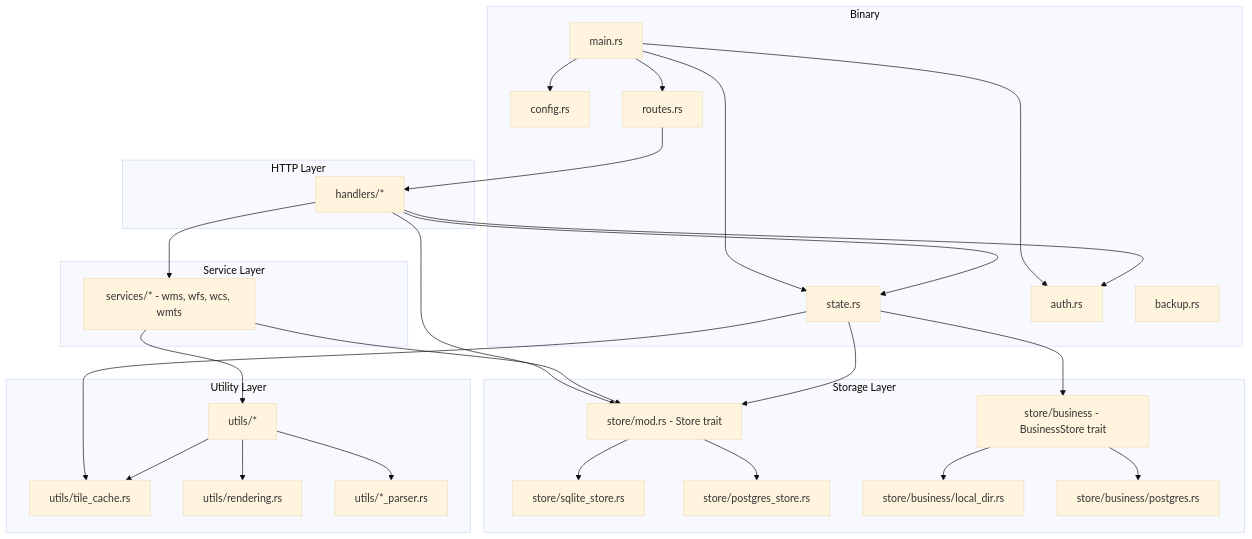
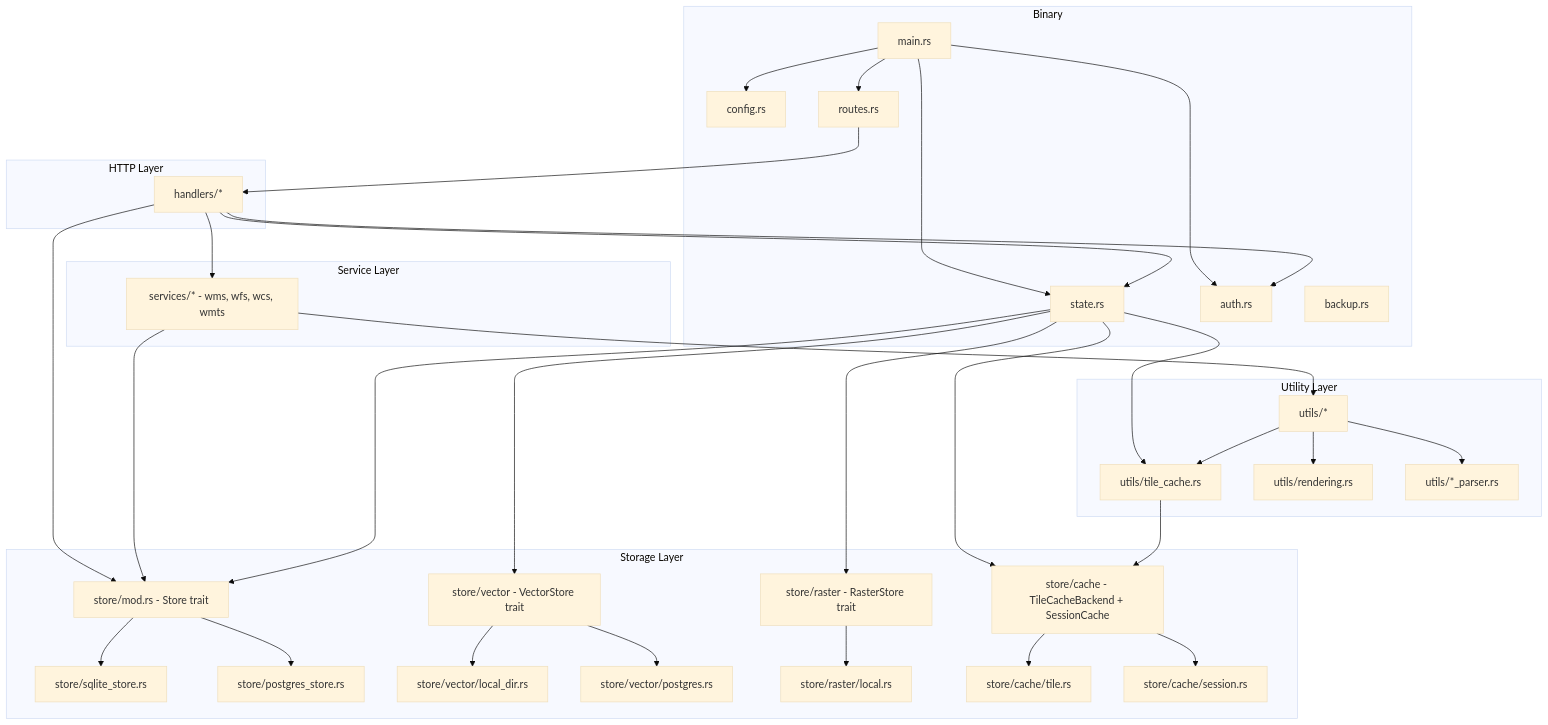
The first of 7 diagrams in docs/ARCHITECTURE.md (kakach96/Terrane), drawn with Mermaid (base theme) before and after one commit. The commit also changed other lines of this file and 29 other files, not shown here.

Commit message:
feat: split vector/raster/cache storage configs with local backends and abstractions

````diff
--- a/docs/ARCHITECTURE.md
+++ b/docs/ARCHITECTURE.md
@@ -40,57 +44,68 @@
 ```mermaid
 graph TD
     subgraph Binary
         main[main.rs]
         config[config.rs]
         state[state.rs]
         routes[routes.rs]
         auth[auth.rs]
         backup[backup.rs]
     end
 
     subgraph HTTP Layer
         handlers[handlers/*]
     end
 
     subgraph Service Layer
         services[services/* - wms, wfs, wcs, wmts]
     end
 
     subgraph Storage Layer
         store[store/mod.rs - Store trait]
-        business[store/business - BusinessStore trait]
+        vector[store/vector - VectorStore trait]
+        raster[store/raster - RasterStore trait]
+        cache[store/cache - TileCacheBackend + SessionCache]
         sqlite[store/sqlite_store.rs]
         postgres[store/postgres_store.rs]
-        biz_local[store/business/local_dir.rs]
-        biz_pg[store/business/postgres.rs]
+        vec_local[store/vector/local_dir.rs]
+        vec_pg[store/vector/postgres.rs]
+        ras_local[store/raster/local.rs]
+        cac_tile[store/cache/tile.rs]
+        cac_session[store/cache/session.rs]
     end
 
     subgraph Utility Layer
         utils[utils/*]
         tile_cache[utils/tile_cache.rs]
         rendering[utils/rendering.rs]
         parsers[utils/*_parser.rs]
     end
 
     main --> config
     main --> state
     main --> auth
     main --> routes
     routes --> handlers
     handlers --> services
     handlers --> store
     handlers --> state
     handlers --> auth
     services --> store
     services --> utils
     store --> sqlite
     store --> postgres
-    business --> biz_local
-    business --> biz_pg
+    vector --> vec_local
+    vector --> vec_pg
+    raster --> ras_local
+    cache --> cac_tile
+    cache --> cac_session
     state --> store
-    state --> business
+    state --> vector
+    state --> raster
+    state --> cache
     state --> tile_cache
     utils --> tile_cache
+    tile_cache --> cache
     utils --> rendering
     utils --> parsers
 ```
````
